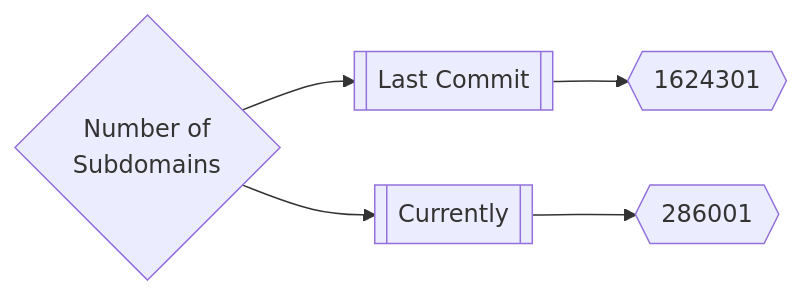
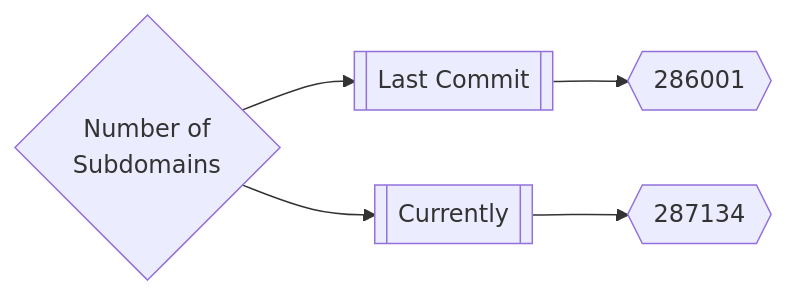
The first of 3 diagrams in README.md (trickest/inventory), drawn with Mermaid before and after one commit. The commit also changed other lines of this file, not shown here.

Commit message:
Update Thu Apr 28 02:04:32 UTC 2022

````diff
--- a/README.md
+++ b/README.md
@@ -165,5 +165,5 @@
 ```mermaid
 graph LR
-title{Number of<br>Subdomains} --> subdomainsDate1[[Last Commit]] --> subdomainsNum1{{1624301}}
-title --> subdomainsDate2[[Currently]] --> subdomainsNum2{{286001}}
+title{Number of<br>Subdomains} --> subdomainsDate1[[Last Commit]] --> subdomainsNum1{{286001}}
+title --> subdomainsDate2[[Currently]] --> subdomainsNum2{{287134}}
 ```
````
